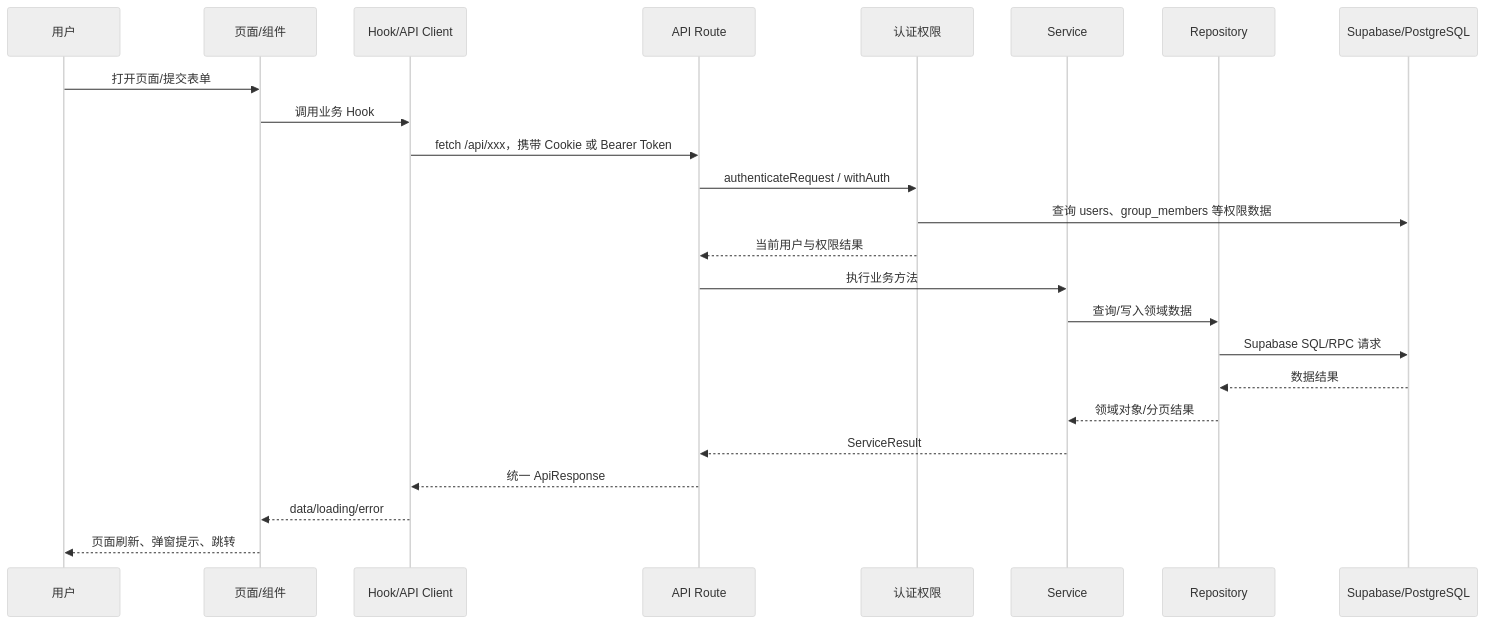
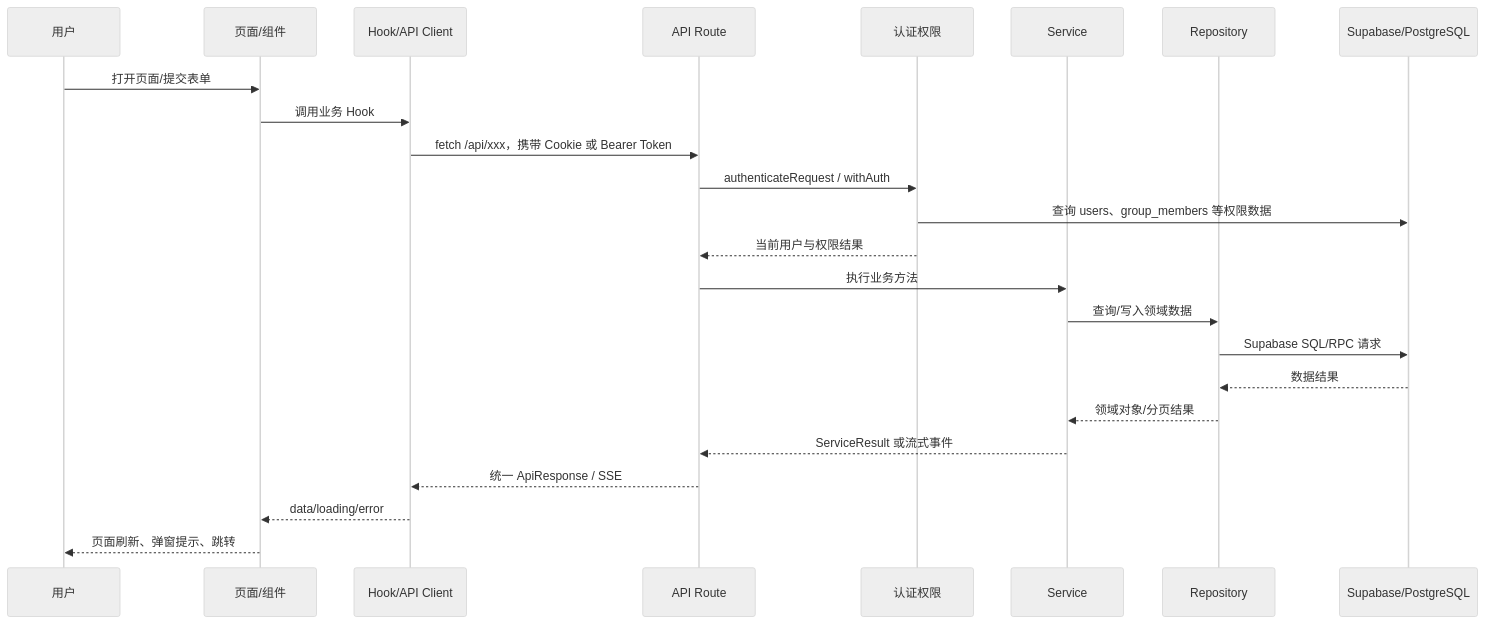
One commit to lycllxb0314/test1 changed the third of 6 diagrams in docs/SYSTEM_DETAILED_DESIGN.md. Above: the diagram before and after it, drawn with Mermaid (neutral theme). The commit also changed other lines of this file, not shown here.

````diff
--- a/docs/SYSTEM_DETAILED_DESIGN.md
+++ b/docs/SYSTEM_DETAILED_DESIGN.md
@@ -98,27 +103,27 @@
 ```mermaid
 sequenceDiagram
   participant User as 用户
   participant Page as 页面/组件
   participant Hook as Hook/API Client
   participant Api as API Route
   participant Auth as 认证权限
   participant Service as Service
   participant Repo as Repository
   participant DB as Supabase/PostgreSQL
 
   User->>Page: 打开页面/提交表单
   Page->>Hook: 调用业务 Hook
   Hook->>Api: fetch /api/xxx，携带 Cookie 或 Bearer Token
   Api->>Auth: authenticateRequest / withAuth
   Auth->>DB: 查询 users、group_members 等权限数据
   Auth-->>Api: 当前用户与权限结果
   Api->>Service: 执行业务方法
   Service->>Repo: 查询/写入领域数据
   Repo->>DB: Supabase SQL/RPC 请求
   DB-->>Repo: 数据结果
   Repo-->>Service: 领域对象/分页结果
-  Service-->>Api: ServiceResult
-  Api-->>Hook: 统一 ApiResponse
+  Service-->>Api: ServiceResult 或流式事件
+  Api-->>Hook: 统一 ApiResponse / SSE
   Hook-->>Page: data/loading/error
   Page-->>User: 页面刷新、弹窗提示、跳转
 ```
````
